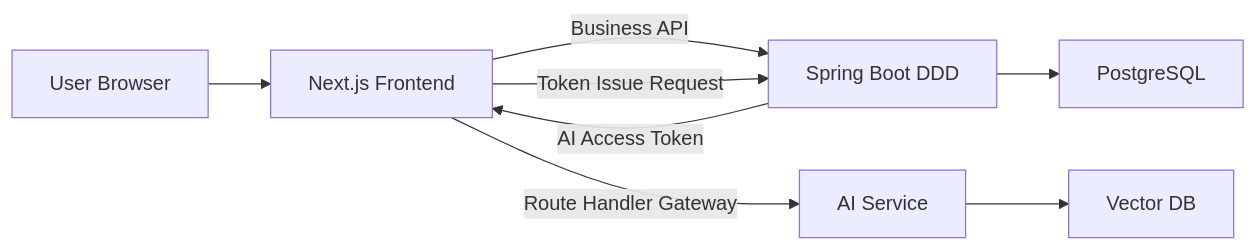
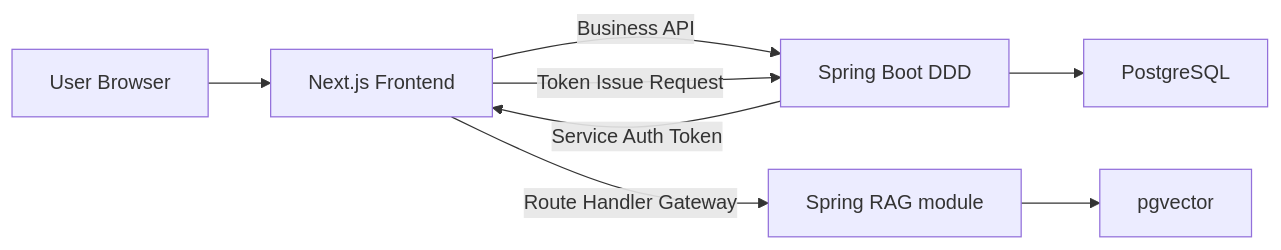
One commit to SideProjectSFY/gaji changed the first of 2 diagrams in docs/specs/v1/architecture.md. Above: the diagram before and after it, drawn with Mermaid. The commit also changed other lines of this file and 69 other files, not shown here.

````diff
--- a/docs/specs/v1/architecture.md
+++ b/docs/specs/v1/architecture.md
@@ -32,10 +32,10 @@
 ```mermaid
 flowchart LR
     User["User Browser"] --> FE["Next.js Frontend"]
     FE -->|"Business API"| BE["Spring Boot DDD"]
-    FE -->|"Route Handler Gateway"| AI["AI Service"]
+    FE -->|"Route Handler Gateway"| AI["Spring RAG module"]
     FE -->|"Token Issue Request"| BE
-    BE -->|"AI Access Token"| FE
+    BE -->|"Service Auth Token"| FE
     BE --> DB["PostgreSQL"]
-    AI --> VDB["Vector DB"]
+    AI --> PGV["pgvector"]
 ```
````
